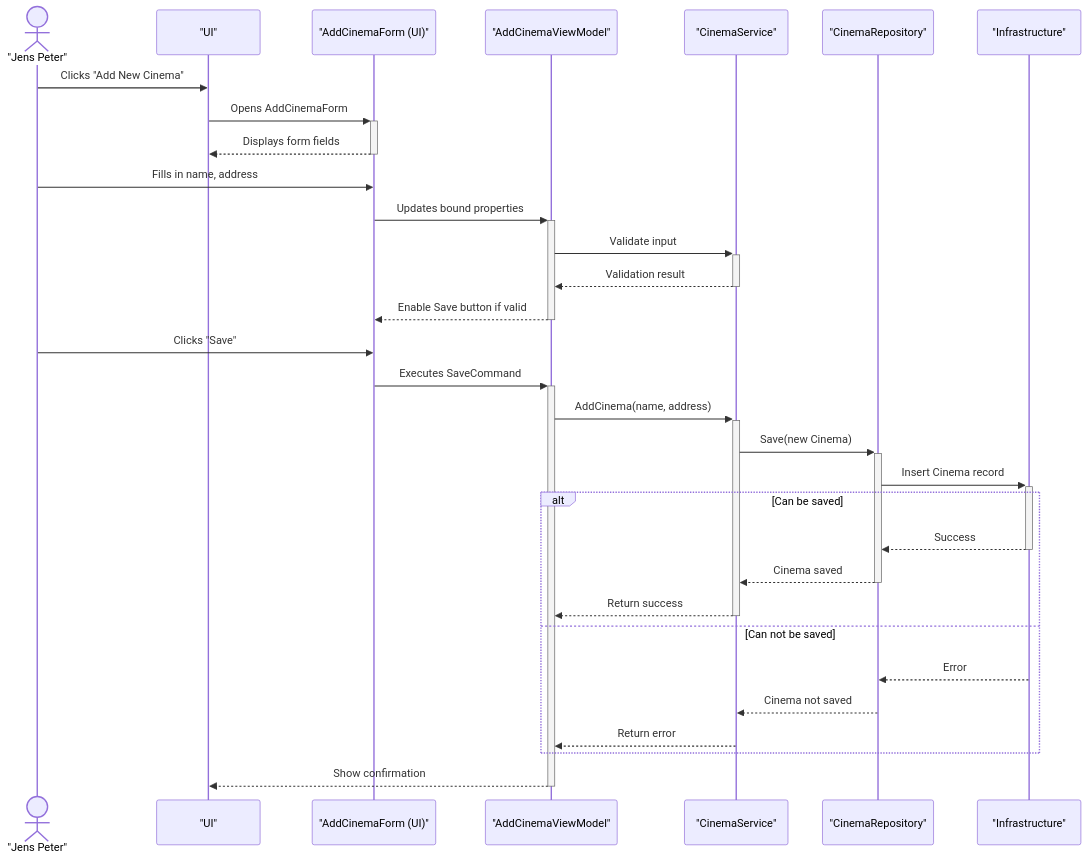
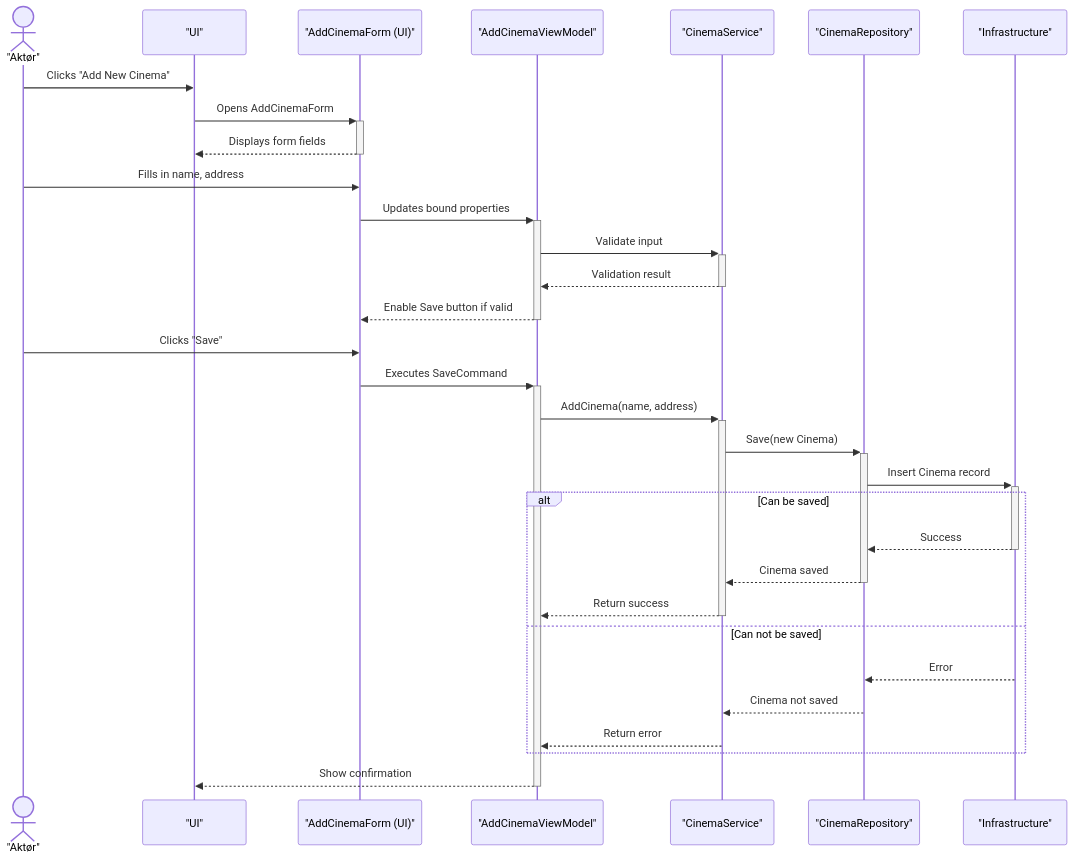
Before and after one commit to DMOoF25/TheMovie: the diagram in docs/SD S2 UC1.mmd, drawn with Mermaid.

Commit message:
Update SD S2 UC1.mmd

```diff
--- a/docs/SD S2 UC1.mmd
+++ b/docs/SD S2 UC1.mmd
@@ -1,36 +1,36 @@
 sequenceDiagram
-    actor JensPeter as "Jens Peter"
+    actor JensPeter as "Aktør"
     participant UI as "UI"
     participant Form as "AddCinemaForm (UI)"
     participant VM as "AddCinemaViewModel"
     participant Service as "CinemaService"
     participant Repo as "CinemaRepository"
     participant DB as "Infrastructure"
 
     JensPeter->>UI: Clicks "Add New Cinema"
     UI->>+Form: Opens AddCinemaForm
     Form-->>-UI: Displays form fields
 
     JensPeter->>Form: Fills in name, address
     Form->>+VM: Updates bound properties
 
     VM->>+Service: Validate input
     Service-->>-VM: Validation result
     VM-->>-Form: Enable Save button if valid
 
     JensPeter->>Form: Clicks "Save"
     Form->>+VM: Executes SaveCommand
 
     VM->>+Service: AddCinema(name, address)
     Service->>+Repo: Save(new Cinema)
     Repo->>+DB: Insert Cinema record
     alt Can be saved
     DB-->>-Repo: Success
     Repo-->>-Service: Cinema saved
     Service-->>-VM: Return success
     else Can not be saved
     DB-->>Repo: Error
     Repo-->>Service: Cinema not saved
     Service-->>VM: Return error
     end
     VM-->>-UI: Show confirmation
```
